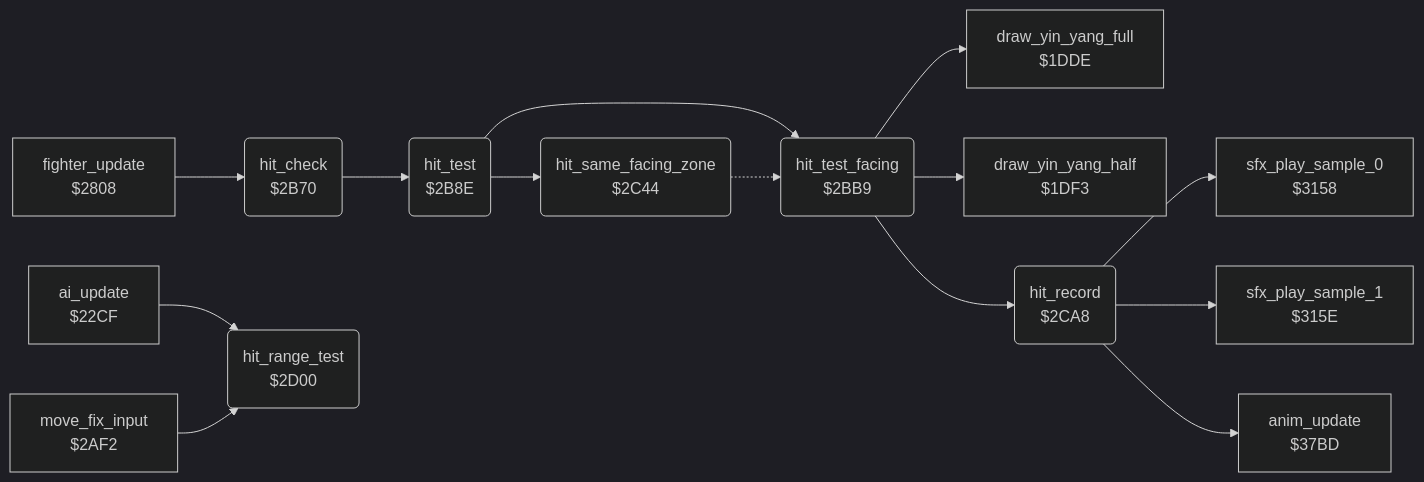
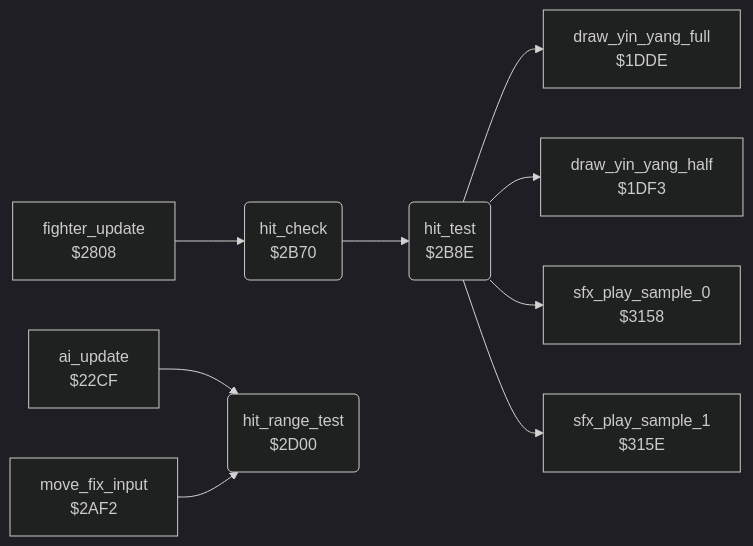
Before and after one commit to henols/c64_games: the diagram in exploding_fist/v2/docs/reference/modules/fighter/hit_test.md, drawn with Mermaid (dark theme). The commit also changed other lines of this file and 319 other files, not shown here.

````diff
--- a/exploding_fist/v2/docs/reference/modules/fighter/hit_test.md
+++ b/exploding_fist/v2/docs/reference/modules/fighter/hit_test.md
@@ -10,30 +18,21 @@
 ```mermaid
 flowchart LR
   n1dde["draw_yin_yang_full<br/>$1DDE"]
   n1df3["draw_yin_yang_half<br/>$1DF3"]
   n22cf["ai_update<br/>$22CF"]
   n2808["fighter_update<br/>$2808"]
   n2af2["move_fix_input<br/>$2AF2"]
   n2b70("hit_check<br/>$2B70")
   n2b8e("hit_test<br/>$2B8E")
-  n2bb9("hit_test_facing<br/>$2BB9")
-  n2c44("hit_same_facing_zone<br/>$2C44")
-  n2ca8("hit_record<br/>$2CA8")
   n2d00("hit_range_test<br/>$2D00")
   n3158["sfx_play_sample_0<br/>$3158"]
   n315e["sfx_play_sample_1<br/>$315E"]
-  n37bd["anim_update<br/>$37BD"]
   n22cf --> n2d00
   n2808 --> n2b70
   n2af2 --> n2d00
   n2b70 --> n2b8e
-  n2b8e --> n2bb9
-  n2b8e --> n2c44
-  n2bb9 --> n1dde
-  n2bb9 --> n1df3
-  n2bb9 --> n2ca8
-  n2c44 -.-> n2bb9
-  n2ca8 --> n3158
-  n2ca8 --> n315e
-  n2ca8 --> n37bd
+  n2b8e --> n1dde
+  n2b8e --> n1df3
+  n2b8e --> n3158
+  n2b8e --> n315e
 ```
````
